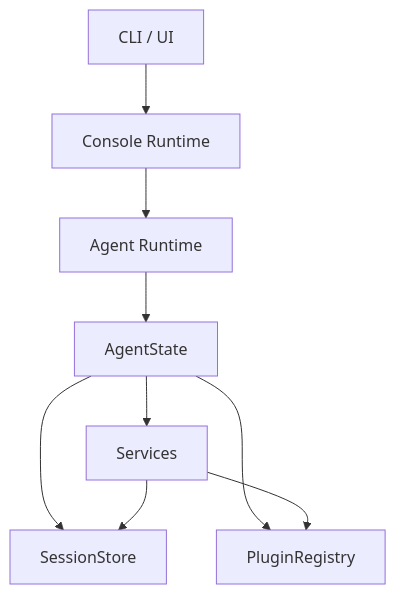
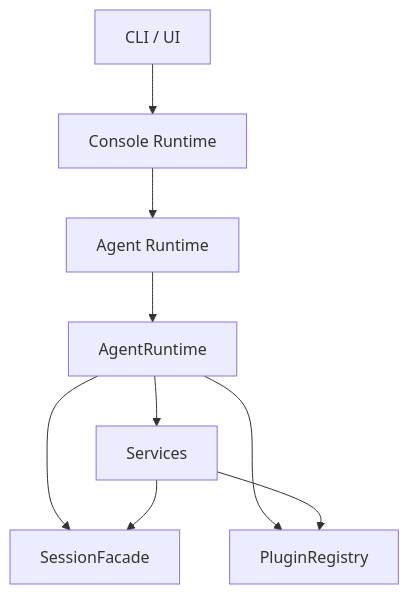
The second of 3 diagrams in homepage/content/devdocs/zh/package/runtime-evolution.mdx (wangenius/downcity), drawn with Mermaid before and after one commit. The commit also changed other lines of this file and 419 other files, not shown here.

````diff
--- a/homepage/content/devdocs/zh/package/runtime-evolution.mdx
+++ b/homepage/content/devdocs/zh/package/runtime-evolution.mdx
@@ -136,11 +136,11 @@
 ```mermaid
 flowchart TD
   CLI["CLI / UI"] --> CONSOLE["Console Runtime"]
   CONSOLE --> AGENT["Agent Runtime"]
-  AGENT --> AST["AgentState"]
-  AST --> SESS["SessionStore"]
+  AGENT --> AST["AgentRuntime"]
+  AST --> SESS["SessionFacade"]
   AST --> SVC["Services"]
   AST --> PR["PluginRegistry"]
   SVC --> PR
   SVC --> SESS
 ```
````
